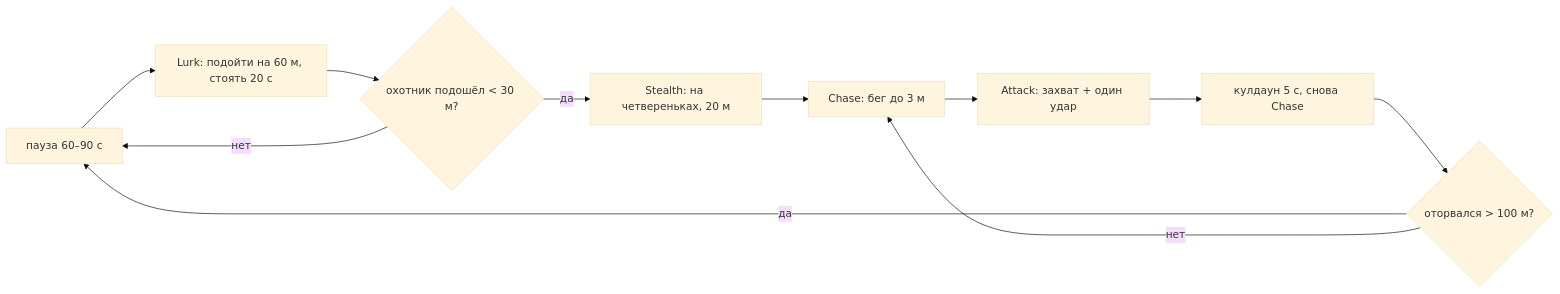
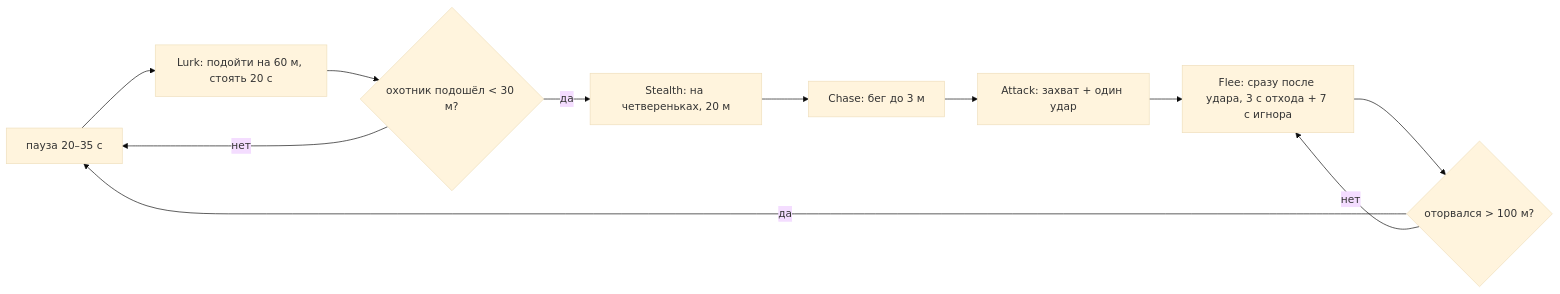
The third of 3 diagrams in docs/rake-ai-flow.md (BillyTill/RakeMultiplayer), drawn with Mermaid (base theme) before and after one commit. The commit also changed other lines of this file and 36 other files, not shown here.

````diff
--- a/docs/rake-ai-flow.md
+++ b/docs/rake-ai-flow.md
@@ -77,13 +77,13 @@
 ```mermaid
 flowchart LR
-    A["пауза 60–90 с"] --> B["Lurk: подойти на 60 м, стоять 20 с"]
+    A["пауза 20–35 с"] --> B["Lurk: подойти на 60 м, стоять 20 с"]
     B --> C{"охотник подошёл < 30 м?"}
     C -- "да" --> D["Stealth: на четвереньках, 20 м"]
     C -- "нет" --> A
     D --> E["Chase: бег до 3 м"]
     E --> F["Attack: захват + один удар"]
-    F --> G["кулдаун 5 с, снова Chase"]
+    F --> G["Flee: сразу после удара, 3 с отхода + 7 с игнора"]
     G --> H{"оторвался > 100 м?"}
     H -- "да" --> A
-    H -- "нет" --> E
+    H -- "нет" --> G
 ```
````
